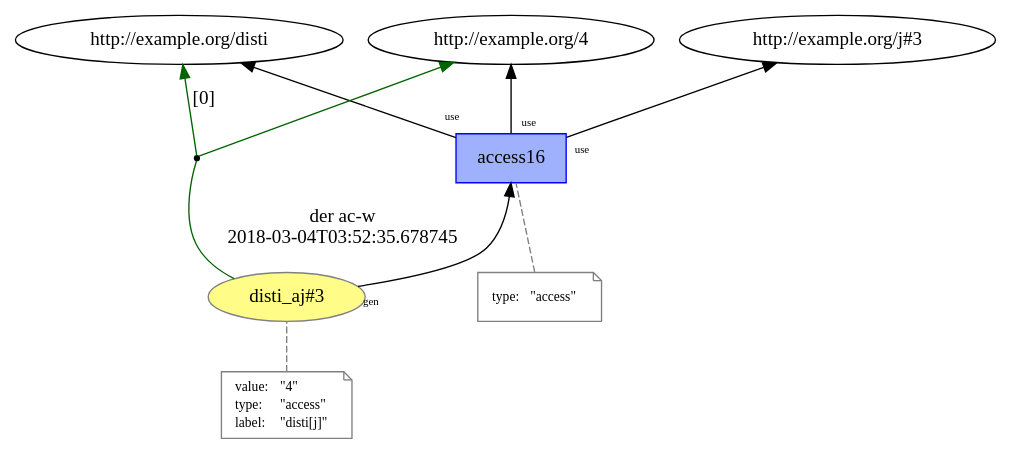
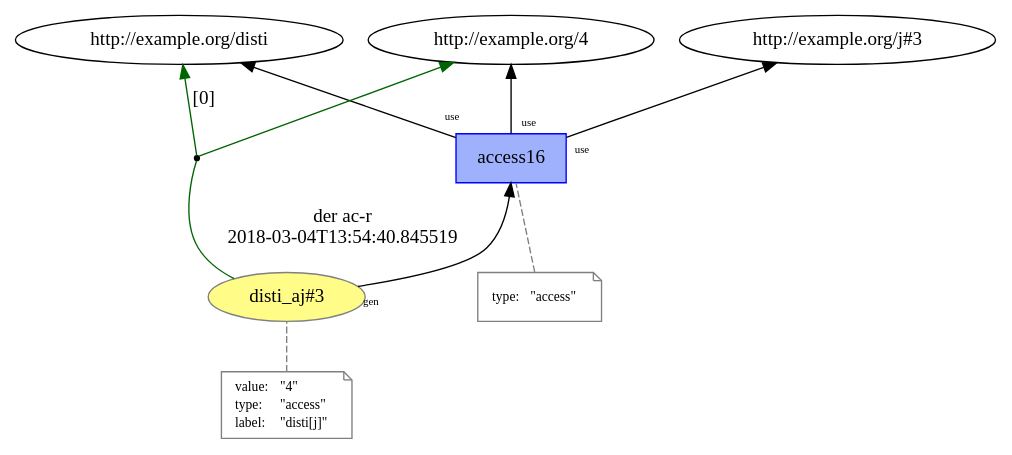
Before and after one commit to dew-uff/versioned-prov: the diagram in intertwined_prov/temp/L15__access_3.dot, drawn with Graphviz. The commit also changed 714 other files, not shown here.

```diff
--- a/intertwined_prov/temp/L15__access_3.dot
+++ b/intertwined_prov/temp/L15__access_3.dot
@@ -1,35 +1,35 @@
 digraph "PROV" { size="16,12"; rankdir="BT";
 "http://example.org/disti_aj#3" [fillcolor="#FFFC87",color="#808080",style="filled",label="disti_aj#3",URL="http://example.org/disti_aj#3"]
 "-attrs0" [color="gray",shape="note",fontsize="10",fontcolor="black",label=<<TABLE cellpadding="0" border="0">
 	<TR>
 	    <TD align="left">value:</TD>
 	    <TD align="left">&quot;4&quot;</TD>
 	</TR>
 	<TR>
 	    <TD align="left">type:</TD>
 	    <TD align="left">&quot;access&quot;</TD>
 	</TR>
 	<TR>
 	    <TD align="left">label:</TD>
 	    <TD align="left">&quot;disti[j]&quot;</TD>
 	</TR>
 </TABLE>>]
 "-attrs0" -> "http://example.org/disti_aj#3" [color="gray",style="dashed",arrowhead="none"]
 "http://example.org/access16" [fillcolor="#9FB1FC",color="#0000FF",shape="polygon",sides="4",style="filled",label="access16",URL="http://example.org/access16"]
 "-attrs1" [color="gray",shape="note",fontsize="10",fontcolor="black",label=<<TABLE cellpadding="0" border="0">
 	<TR>
 	    <TD align="left">type:</TD>
 	    <TD align="left">&quot;access&quot;</TD>
 	</TR>
 </TABLE>>]
 "-attrs1" -> "http://example.org/access16" [color="gray",style="dashed",arrowhead="none"]
 "http://example.org/access16" -> "http://example.org/4" [labelfontsize="8",labeldistance="1.5",labelangle="60.0",rotation="20",taillabel="use"]
 "bn0" [shape="point",label=""]
-"http://example.org/disti_aj#3" -> "bn0" [arrowhead="none",color="darkgreen",label="der ac-w
-2018-03-04T03:52:35.678745"]
+"http://example.org/disti_aj#3" -> "bn0" [arrowhead="none",color="darkgreen",label="der ac-r
+2018-03-04T13:54:40.845519"]
 "bn0" -> "http://example.org/disti" [labelfontsize="8",labeldistance="1.5",color="darkgreen",labelangle="60.0",rotation="20",label="[0]"]
 "bn0" -> "http://example.org/4" [color="darkgreen"]
 "http://example.org/disti_aj#3" -> "http://example.org/access16" [labelfontsize="8",labeldistance="1.5",labelangle="60.0",rotation="20",taillabel="gen"]
 "http://example.org/access16" -> "http://example.org/disti" [labelfontsize="8",labeldistance="1.5",labelangle="60.0",rotation="20",taillabel="use"]
 "http://example.org/access16" -> "http://example.org/j#3" [labelfontsize="8",labeldistance="1.5",labelangle="60.0",rotation="20",taillabel="use"]
 }
```
